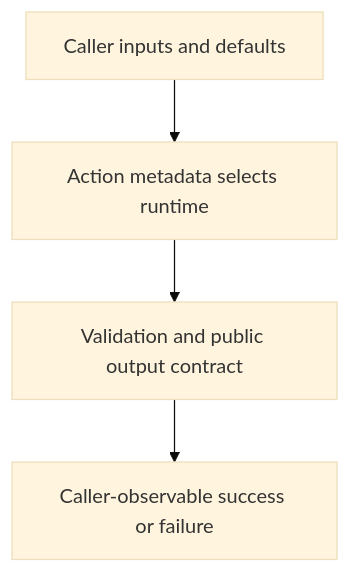
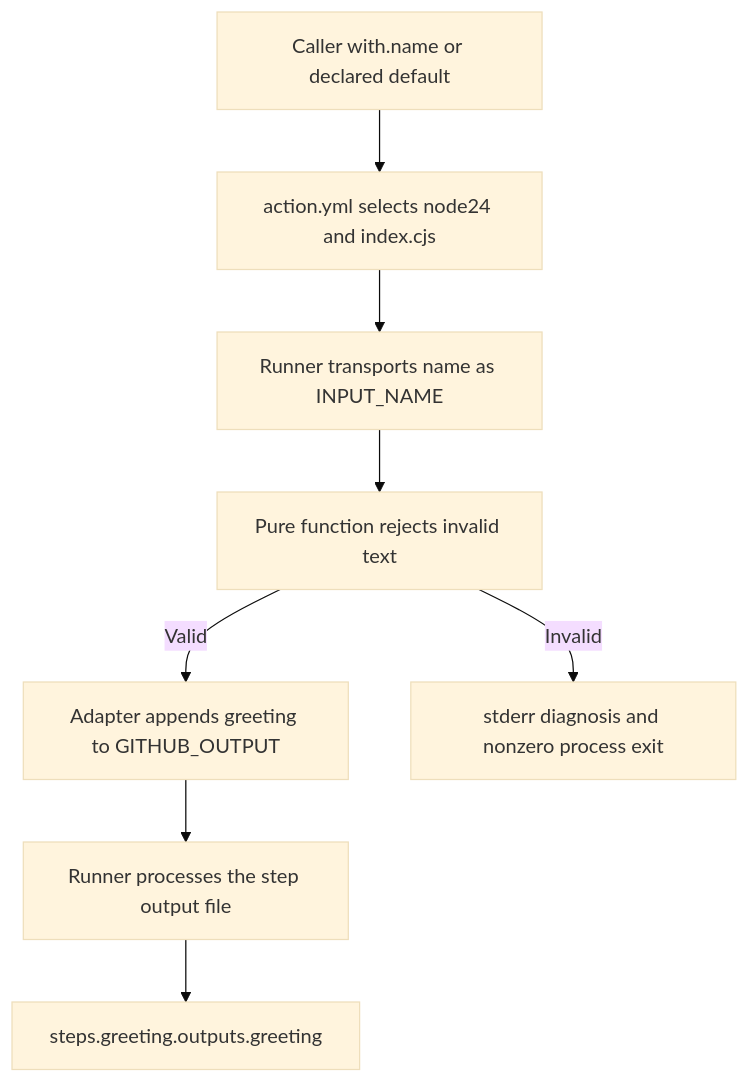
Before and after one commit to Rohit1024/actions-learn: the diagram in docs/lessons/0056-own-action-metadata-and-contracts.md, drawn with Mermaid (base theme). The commit also changed other lines of this file and 228 other files, not shown here.

````diff
--- a/docs/lessons/0056-own-action-metadata-and-contracts.md
+++ b/docs/lessons/0056-own-action-metadata-and-contracts.md
@@ -46,6 +45,10 @@
 ```mermaid
 flowchart TD
-    A["Caller inputs and defaults"] --> B["Action metadata selects runtime"]
-    B --> C["Validation and public output contract"]
-    C --> D["Caller-observable success or failure"]
+    Caller["Caller with.name or declared default"] --> Metadata["action.yml selects node24 and index.cjs"]
+    Metadata --> Input["Runner transports name as INPUT_NAME"]
+    Input --> Validate["Pure function rejects invalid text"]
+    Validate -->|"Valid"| Output["Adapter appends greeting to GITHUB_OUTPUT"]
+    Output --> Runner["Runner processes the step output file"]
+    Runner --> Consumer["steps.greeting.outputs.greeting"]
+    Validate -->|"Invalid"| Failed["stderr diagnosis and nonzero process exit"]
 ```
````
